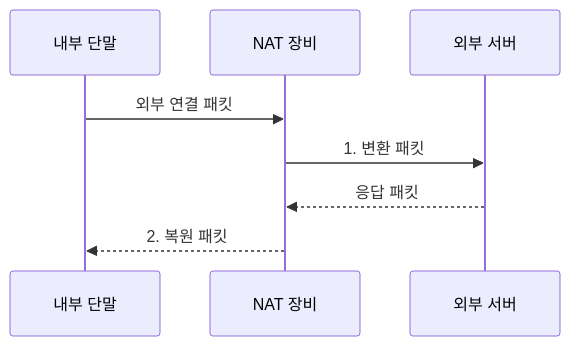
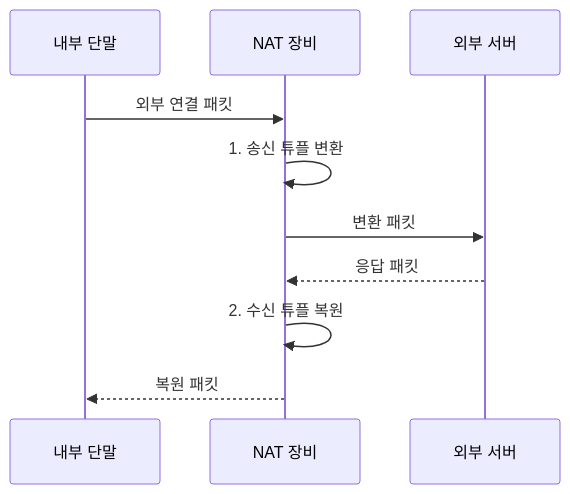
One commit to agnusdei1207/knowledge-base changed the second of 2 diagrams in src/content/docs/notes/04-network/009_nat_pat_network_address_translation.md. Above: the diagram before and after it, drawn with Mermaid. The commit also changed other lines of this file and 18 other files, not shown here.

````diff
--- a/src/content/docs/notes/04-network/009_nat_pat_network_address_translation.md
+++ b/src/content/docs/notes/04-network/009_nat_pat_network_address_translation.md
@@ -89,10 +89,12 @@
 ```mermaid
 sequenceDiagram
     participant I as 내부 단말
     participant N as NAT 장비
     participant E as 외부 서버
     I->>N: 외부 연결 패킷
-    N->>E: 1. 변환 패킷
+    N->>N: 1. 송신 튜플 변환
+    N->>E: 변환 패킷
     E-->>N: 응답 패킷
-    N-->>I: 2. 복원 패킷
+    N->>N: 2. 수신 튜플 복원
+    N-->>I: 복원 패킷
 ```
````
